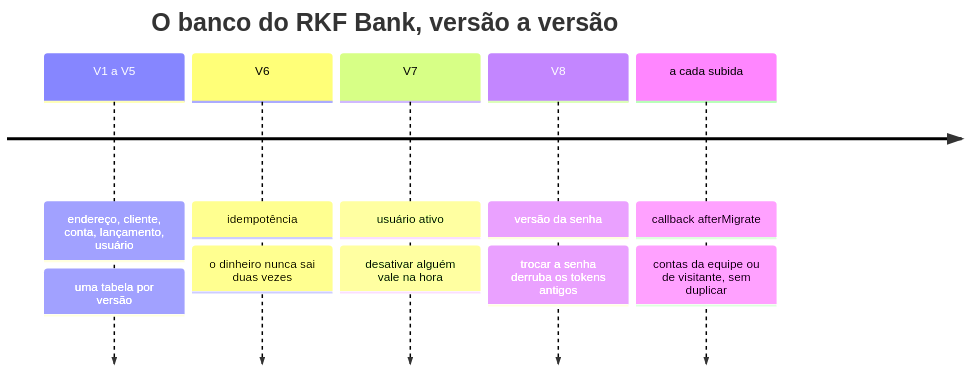
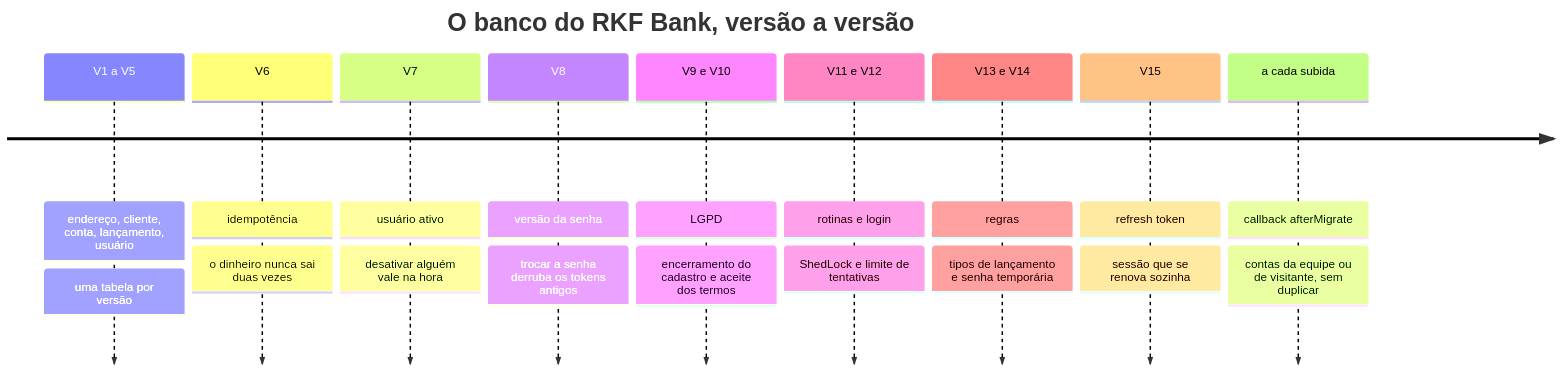
One commit to k3vinrich4rd/rkf_bank changed the eighth of 16 diagrams in README.md. Above: the diagram before and after it, drawn with Mermaid. The commit also changed other lines of this file and 3 other files, not shown here.

````diff
--- a/README.md
+++ b/README.md
@@ -913,9 +920,13 @@
 ```mermaid
 timeline
     title O banco do RKF Bank, versão a versão
     V1 a V5 : endereço, cliente, conta, lançamento, usuário : uma tabela por versão
     V6 : idempotência : o dinheiro nunca sai duas vezes
     V7 : usuário ativo : desativar alguém vale na hora
     V8 : versão da senha : trocar a senha derruba os tokens antigos
+    V9 e V10 : LGPD : encerramento do cadastro e aceite dos termos
+    V11 e V12 : rotinas e login : ShedLock e limite de tentativas
+    V13 e V14 : regras : tipos de lançamento e senha temporária
+    V15 : refresh token : sessão que se renova sozinha
     a cada subida : callback afterMigrate : contas da equipe ou de visitante, sem duplicar
 ```
````
